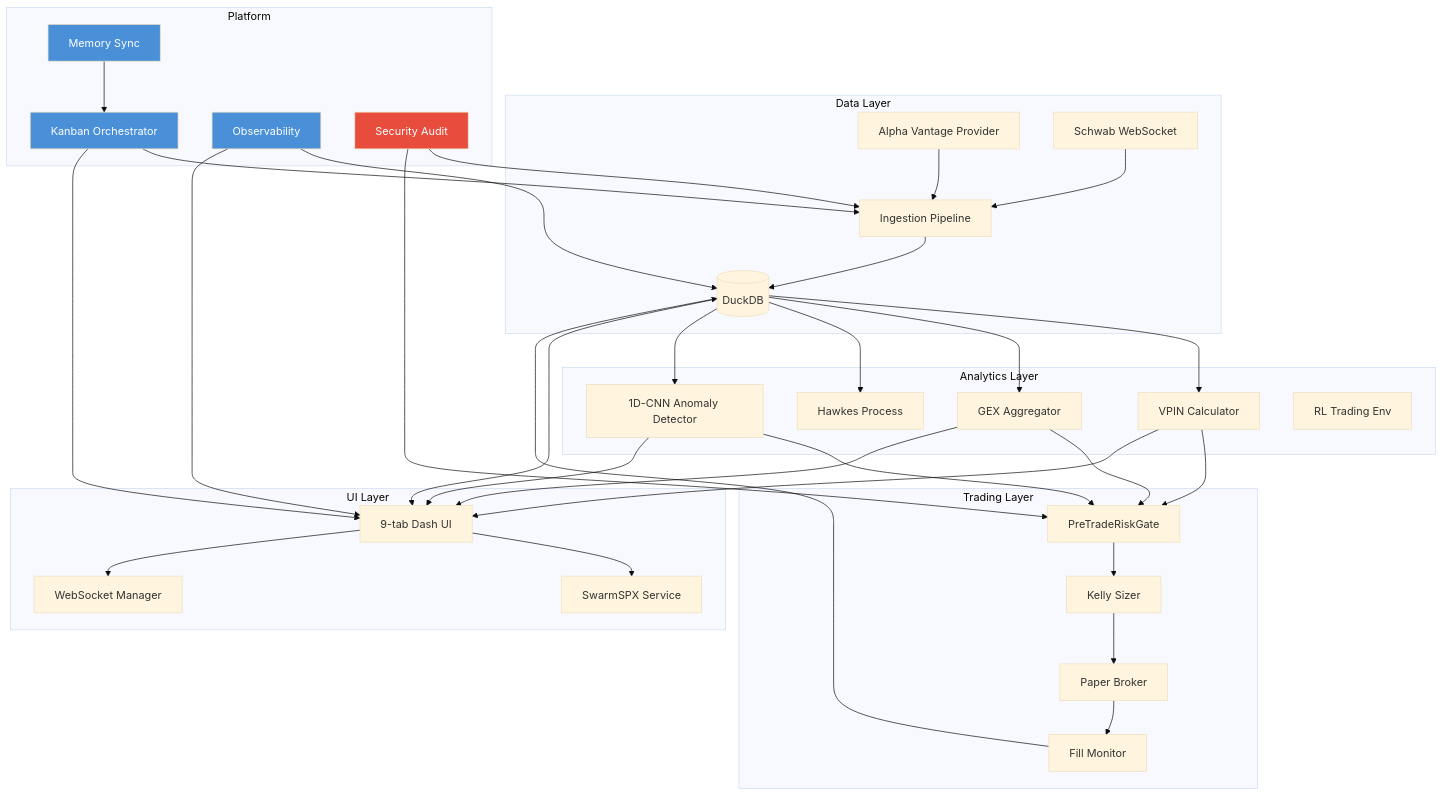
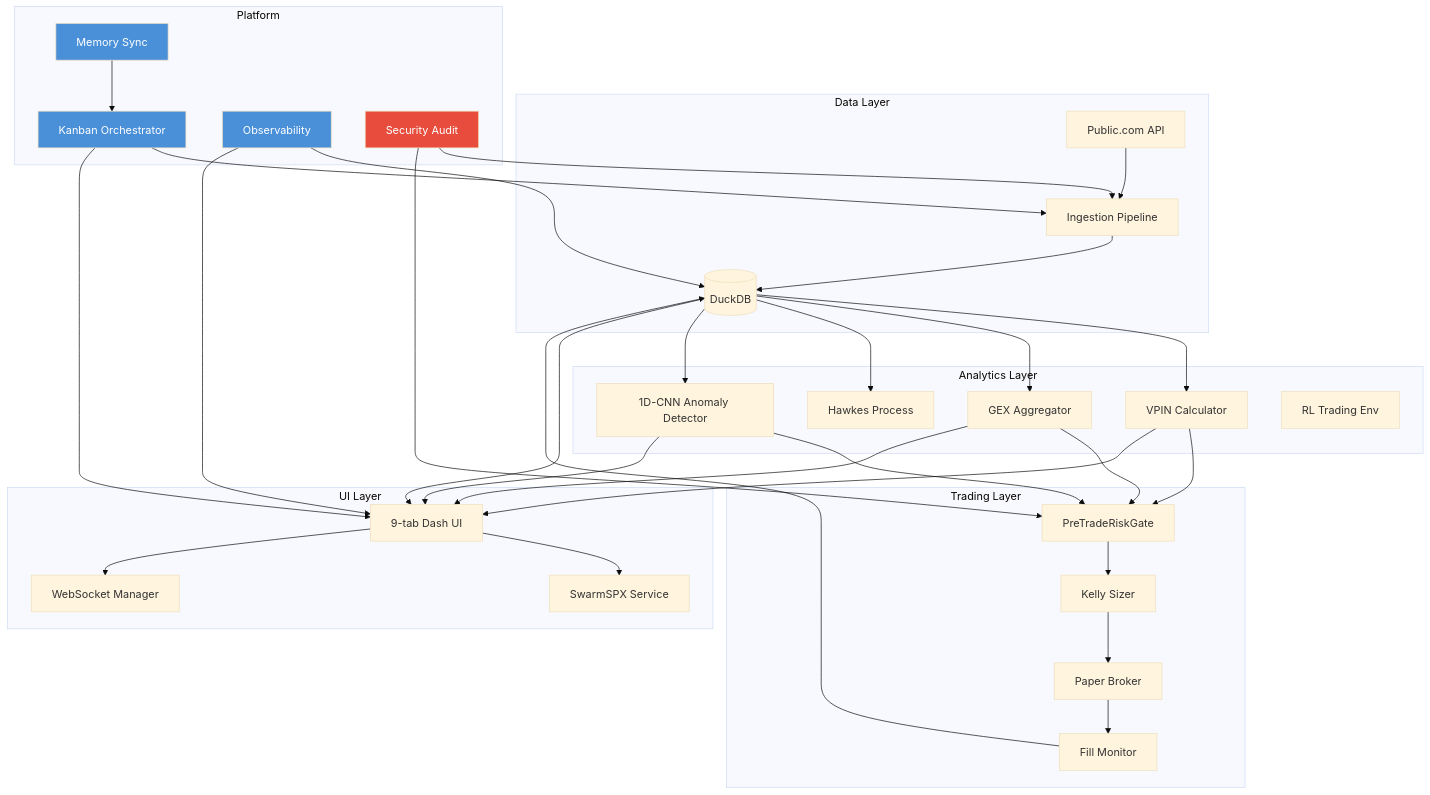
The diagram in docs/HEATSEEKER_ARCHITECTURE.md (odaialdajani/floww-2), drawn with Mermaid (base theme) before and after one commit. The commit also changed other lines of this file and 3 other files, not shown here.

````diff
--- a/docs/HEATSEEKER_ARCHITECTURE.md
+++ b/docs/HEATSEEKER_ARCHITECTURE.md
@@ -86,71 +87,69 @@
 ```mermaid
 graph TB
     subgraph "Data Layer"
-        AV[Alpha Vantage Provider]
-        SCHWAB[Schwab WebSocket]
+        PUBLIC[Public.com API]
         IP[Ingestion Pipeline]
         DUCKDB[(DuckDB)]
     end
 
     subgraph "Analytics Layer"
         VPIN[VPIN Calculator]
         GEX[GEX Aggregator]
         HAWKES[Hawkes Process]
         ANOMALY[1D-CNN Anomaly Detector]
         RL[RL Trading Env]
     end
 
     subgraph "Trading Layer"
         RISK[PreTradeRiskGate]
         KELLY[Kelly Sizer]
         PAPER[Paper Broker]
         FILL[Fill Monitor]
     end
 
     subgraph "UI Layer"
         DASH[9-tab Dash UI]
         SPX[SwarmSPX Service]
         WS[WebSocket Manager]
     end
 
     subgraph "Platform"
         KANBAN[Kanban Orchestrator]
         MEMORY[Memory Sync]
         OBS[Observability]
         SEC[Security Audit]
     end
 
-    AV --> IP
-    SCHWAB --> IP
+    PUBLIC --> IP
     IP --> DUCKDB
     DUCKDB --> VPIN
     DUCKDB --> GEX
     DUCKDB --> HAWKES
     DUCKDB --> ANOMALY
     VPIN --> RISK
     GEX --> RISK
     ANOMALY --> RISK
     RISK --> KELLY
     KELLY --> PAPER
     PAPER --> FILL
     FILL --> DUCKDB
     DUCKDB --> DASH
     DASH --> SPX
     DASH --> WS
     ANOMALY --> DASH
     VPIN --> DASH
     GEX --> DASH
 
     KANBAN --> IP
     KANBAN --> DASH
     MEMORY --> KANBAN
     OBS --> DUCKDB
     OBS --> DASH
     SEC --> IP
     SEC --> RISK
 
     style KANBAN fill:#4a90d9,color:#fff
     style MEMORY fill:#4a90d9,color:#fff
     style OBS fill:#4a90d9,color:#fff
     style SEC fill:#e74c3c,color:#fff
 ```
````
